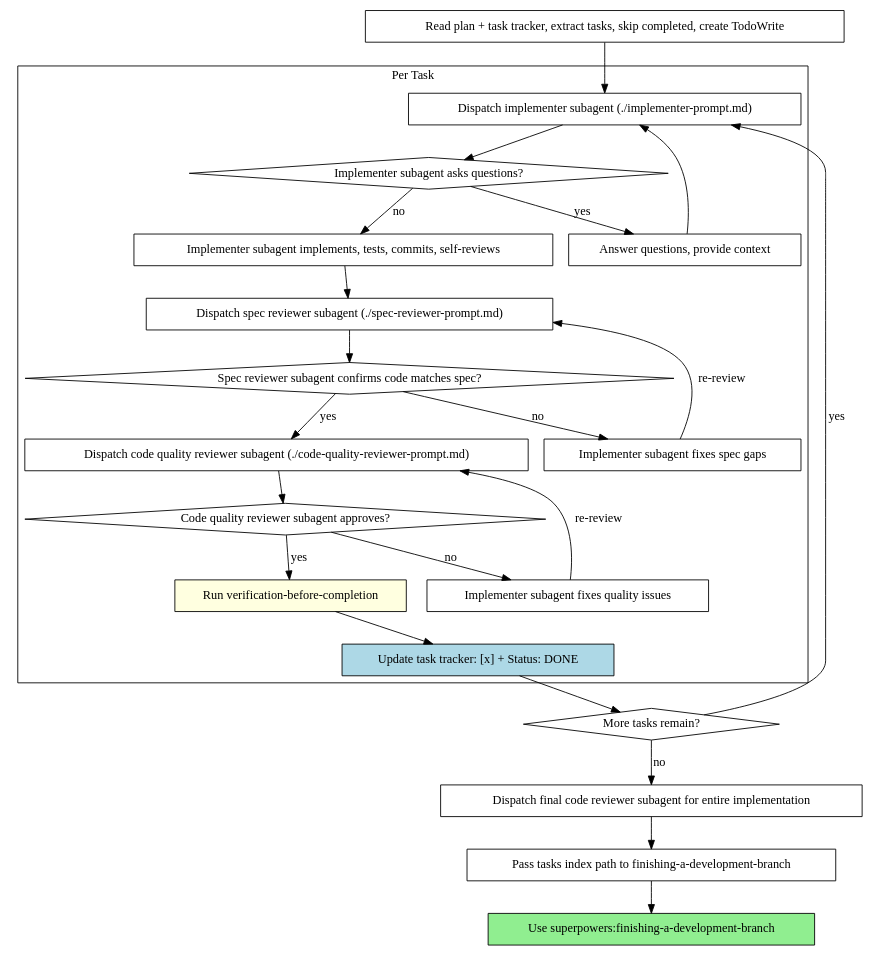
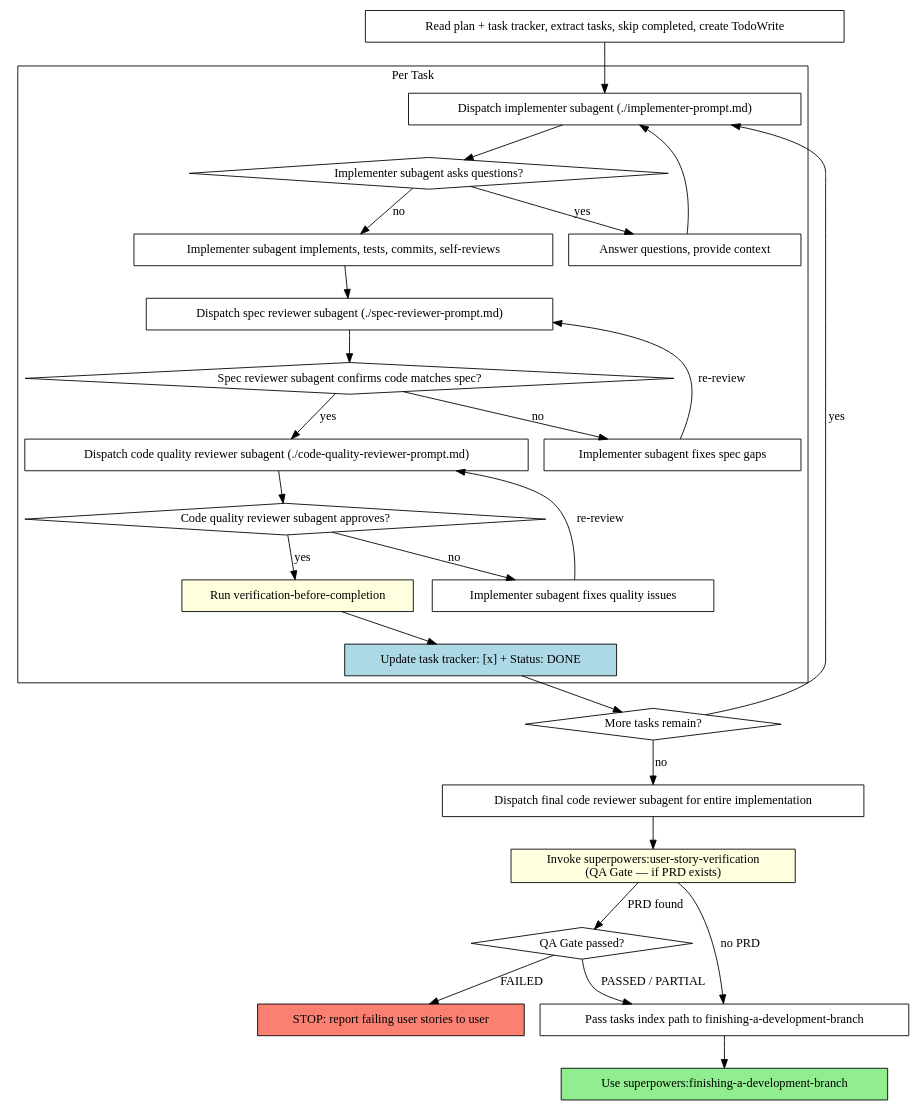
Before and after one commit to Cahmoraes/clean-arch-solid-ddd: the second of 2 diagrams in .github/skills/subagent-driven-development/SKILL.md, drawn with Graphviz. The commit also changed other lines of this file and 12 other files, not shown here.

````diff
--- a/.github/skills/subagent-driven-development/SKILL.md
+++ b/.github/skills/subagent-driven-development/SKILL.md
@@ -62,48 +62,55 @@
 ```dot
 digraph process {
     rankdir=TB;
 
     subgraph cluster_per_task {
         label="Per Task";
         "Dispatch implementer subagent (./implementer-prompt.md)" [shape=box];
         "Implementer subagent asks questions?" [shape=diamond];
         "Answer questions, provide context" [shape=box];
         "Implementer subagent implements, tests, commits, self-reviews" [shape=box];
         "Dispatch spec reviewer subagent (./spec-reviewer-prompt.md)" [shape=box];
         "Spec reviewer subagent confirms code matches spec?" [shape=diamond];
         "Implementer subagent fixes spec gaps" [shape=box];
         "Dispatch code quality reviewer subagent (./code-quality-reviewer-prompt.md)" [shape=box];
         "Code quality reviewer subagent approves?" [shape=diamond];
         "Implementer subagent fixes quality issues" [shape=box];
         "Run verification-before-completion" [shape=box style=filled fillcolor=lightyellow];
         "Update task tracker: [x] + Status: DONE" [shape=box style=filled fillcolor=lightblue];
     }
 
     "Read plan + task tracker, extract tasks, skip completed, create TodoWrite" [shape=box];
     "More tasks remain?" [shape=diamond];
     "Dispatch final code reviewer subagent for entire implementation" [shape=box];
+    "Invoke superpowers:user-story-verification\n(QA Gate — if PRD exists)" [shape=box style=filled fillcolor=lightyellow];
+    "QA Gate passed?" [shape=diamond];
+    "STOP: report failing user stories to user" [shape=box style=filled fillcolor=salmon];
     "Pass tasks index path to finishing-a-development-branch" [shape=box];
     "Use superpowers:finishing-a-development-branch" [shape=box style=filled fillcolor=lightgreen];
 
     "Read plan + task tracker, extract tasks, skip completed, create TodoWrite" -> "Dispatch implementer subagent (./implementer-prompt.md)";
     "Dispatch implementer subagent (./implementer-prompt.md)" -> "Implementer subagent asks questions?";
     "Implementer subagent asks questions?" -> "Answer questions, provide context" [label="yes"];
     "Answer questions, provide context" -> "Dispatch implementer subagent (./implementer-prompt.md)";
     "Implementer subagent asks questions?" -> "Implementer subagent implements, tests, commits, self-reviews" [label="no"];
     "Implementer subagent implements, tests, commits, self-reviews" -> "Dispatch spec reviewer subagent (./spec-reviewer-prompt.md)";
     "Dispatch spec reviewer subagent (./spec-reviewer-prompt.md)" -> "Spec reviewer subagent confirms code matches spec?";
     "Spec reviewer subagent confirms code matches spec?" -> "Implementer subagent fixes spec gaps" [label="no"];
     "Implementer subagent fixes spec gaps" -> "Dispatch spec reviewer subagent (./spec-reviewer-prompt.md)" [label="re-review"];
     "Spec reviewer subagent confirms code matches spec?" -> "Dispatch code quality reviewer subagent (./code-quality-reviewer-prompt.md)" [label="yes"];
     "Dispatch code quality reviewer subagent (./code-quality-reviewer-prompt.md)" -> "Code quality reviewer subagent approves?";
     "Code quality reviewer subagent approves?" -> "Implementer subagent fixes quality issues" [label="no"];
     "Implementer subagent fixes quality issues" -> "Dispatch code quality reviewer subagent (./code-quality-reviewer-prompt.md)" [label="re-review"];
     "Code quality reviewer subagent approves?" -> "Run verification-before-completion" [label="yes"];
     "Run verification-before-completion" -> "Update task tracker: [x] + Status: DONE";
     "Update task tracker: [x] + Status: DONE" -> "More tasks remain?";
     "More tasks remain?" -> "Dispatch implementer subagent (./implementer-prompt.md)" [label="yes"];
     "More tasks remain?" -> "Dispatch final code reviewer subagent for entire implementation" [label="no"];
-    "Dispatch final code reviewer subagent for entire implementation" -> "Pass tasks index path to finishing-a-development-branch";
+    "Dispatch final code reviewer subagent for entire implementation" -> "Invoke superpowers:user-story-verification\n(QA Gate — if PRD exists)";
+    "Invoke superpowers:user-story-verification\n(QA Gate — if PRD exists)" -> "QA Gate passed?" [label="PRD found"];
+    "Invoke superpowers:user-story-verification\n(QA Gate — if PRD exists)" -> "Pass tasks index path to finishing-a-development-branch" [label="no PRD"];
+    "QA Gate passed?" -> "Pass tasks index path to finishing-a-development-branch" [label="PASSED / PARTIAL"];
+    "QA Gate passed?" -> "STOP: report failing user stories to user" [label="FAILED"];
     "Pass tasks index path to finishing-a-development-branch" -> "Use superpowers:finishing-a-development-branch";
 }
 ```
````
